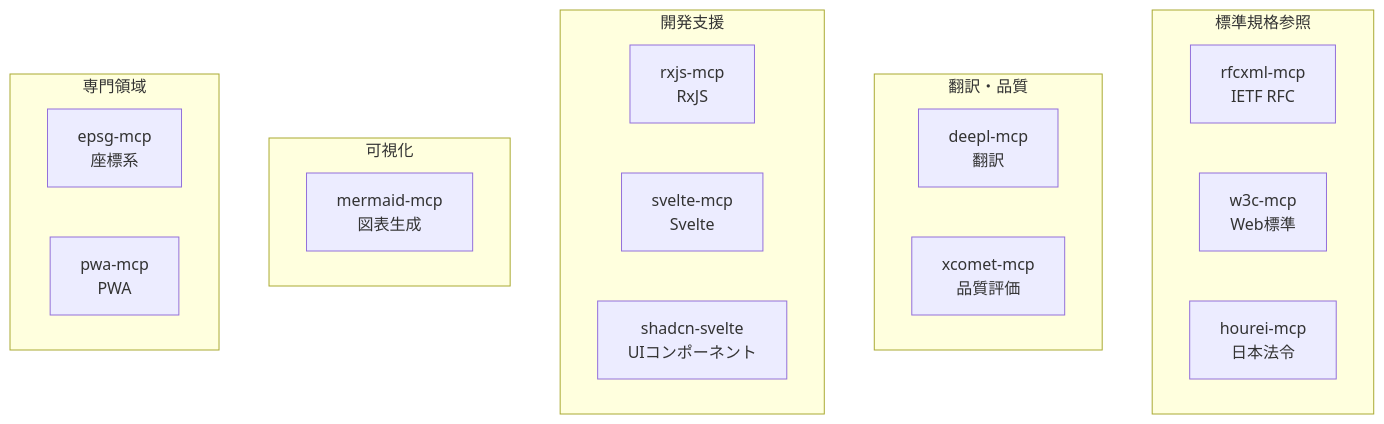
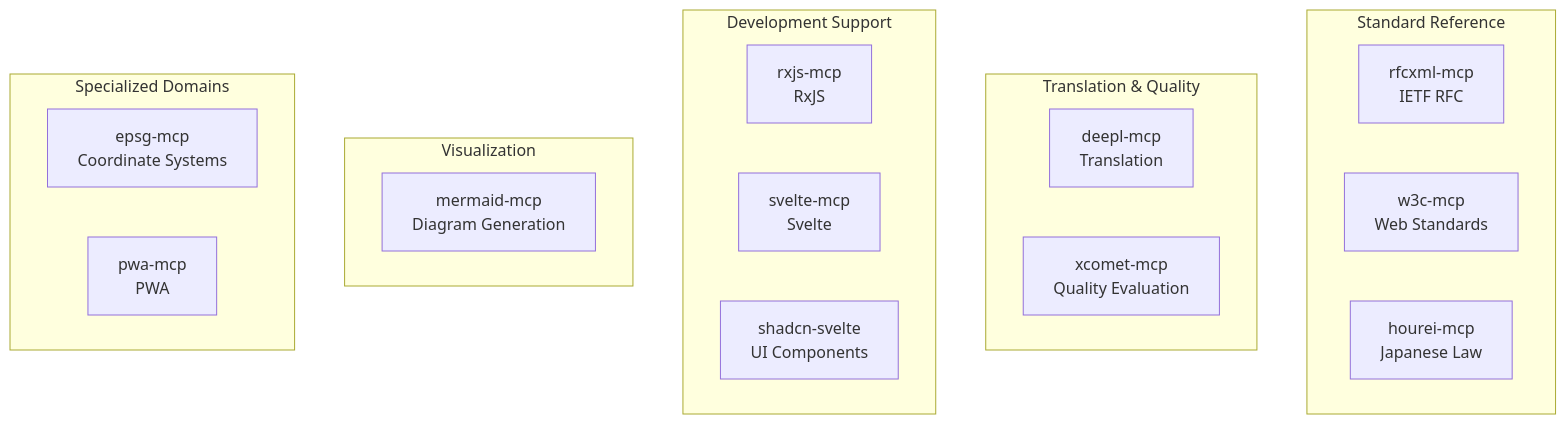
The second of 5 diagrams in docs/mcp/catalog.md (shuji-bonji/ai-agent-architecture), drawn with Mermaid before and after one commit. The commit also changed other lines of this file and 42 other files, not shown here.

````diff
--- a/docs/mcp/catalog.md
+++ b/docs/mcp/catalog.md
@@ -213,28 +215,28 @@
 ```mermaid
 graph TB
-    subgraph 標準規格参照
+    subgraph Standard Reference
         RFC[rfcxml-mcp<br/>IETF RFC]
-        W3C[w3c-mcp<br/>Web標準]
-        LAW[hourei-mcp<br/>日本法令]
+        W3C[w3c-mcp<br/>Web Standards]
+        LAW[hourei-mcp<br/>Japanese Law]
     end
 
-    subgraph "翻訳・品質"
-        DEEPL[deepl-mcp<br/>翻訳]
-        XCOMET[xcomet-mcp<br/>品質評価]
+    subgraph "Translation & Quality"
+        DEEPL[deepl-mcp<br/>Translation]
+        XCOMET[xcomet-mcp<br/>Quality Evaluation]
     end
 
-    subgraph 開発支援
+    subgraph Development Support
         RXJS[rxjs-mcp<br/>RxJS]
         SVELTE[svelte-mcp<br/>Svelte]
-        SHADCN[shadcn-svelte<br/>UIコンポーネント]
+        SHADCN[shadcn-svelte<br/>UI Components]
     end
 
-    subgraph 可視化
-        MERMAID[mermaid-mcp<br/>図表生成]
+    subgraph Visualization
+        MERMAID[mermaid-mcp<br/>Diagram Generation]
     end
 
-    subgraph 専門領域
-        EPSG[epsg-mcp<br/>座標系]
+    subgraph Specialized Domains
+        EPSG[epsg-mcp<br/>Coordinate Systems]
         PWA[pwa-mcp<br/>PWA]
     end
 ```
````
